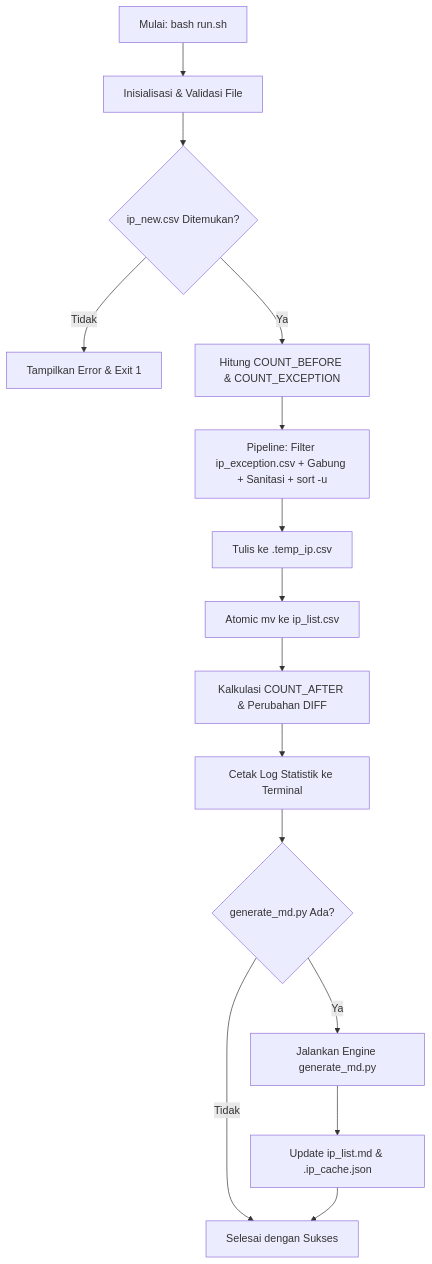
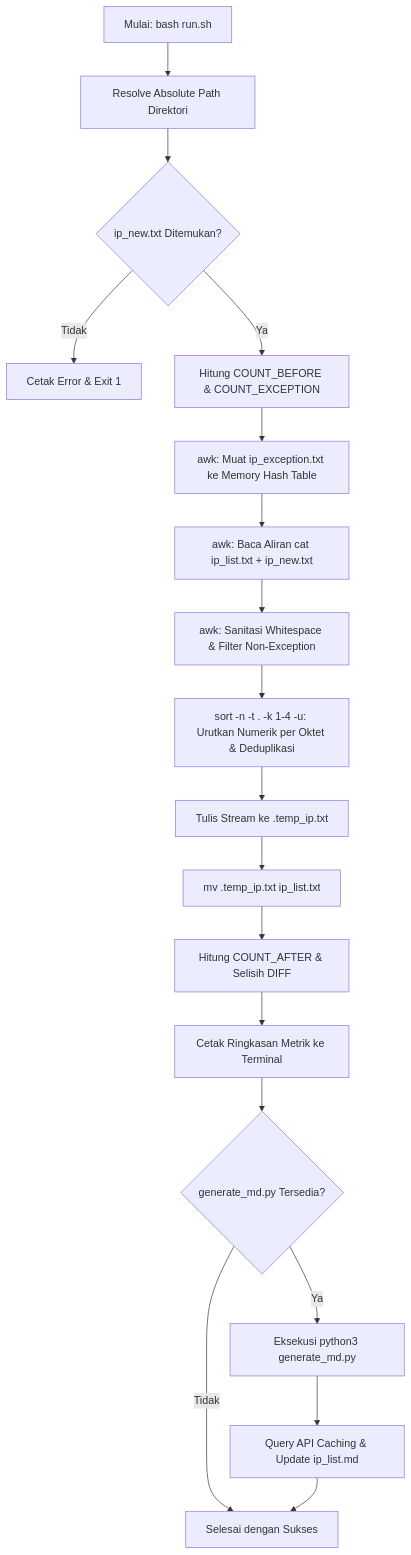
The diagram in README.md (blawoblowa/blackened), drawn with Mermaid before and after one commit. The commit also changed other lines of this file and 8 other files, not shown here.

````diff
--- a/README.md
+++ b/README.md
@@ -123,17 +137,20 @@
 ```mermaid
 flowchart TD
-    A[Mulai: bash run.sh] --> B[Inisialisasi & Validasi File]
-    B --> C{ip_new.csv Ditemukan?}
-    C -- Tidak --> D[Tampilkan Error & Exit 1]
+    A[Mulai: bash run.sh] --> B[Resolve Absolute Path Direktori]
+    B --> C{ip_new.txt Ditemukan?}
+    C -- Tidak --> D[Cetak Error & Exit 1]
     C -- Ya --> E[Hitung COUNT_BEFORE & COUNT_EXCEPTION]
-    E --> F[Pipeline: Filter ip_exception.csv + Gabung + Sanitasi + sort -u]
-    F --> G[Tulis ke .temp_ip.csv]
-    G --> H[Atomic mv ke ip_list.csv]
-    H --> I[Kalkulasi COUNT_AFTER & Perubahan DIFF]
-    I --> J[Cetak Log Statistik ke Terminal]
-    J --> K{generate_md.py Ada?}
-    K -- Ya --> L[Jalankan Engine generate_md.py]
-    L --> M[Update ip_list.md & .ip_cache.json]
-    K -- Tidak --> N[Selesai]
-    M --> N[Selesai dengan Sukses]
+    E --> F[awk: Muat ip_exception.txt ke Memory Hash Table]
+    F --> G[awk: Baca Aliran cat ip_list.txt + ip_new.txt]
+    G --> H[awk: Sanitasi Whitespace & Filter Non-Exception]
+    H --> I[sort -n -t . -k 1-4 -u: Urutkan Numerik per Oktet & Deduplikasi]
+    I --> J[Tulis Stream ke .temp_ip.txt]
+    J --> K[mv .temp_ip.txt ip_list.txt]
+    K --> L[Hitung COUNT_AFTER & Selisih DIFF]
+    L --> M[Cetak Ringkasan Metrik ke Terminal]
+    M --> N{generate_md.py Tersedia?}
+    N -- Ya --> O[Eksekusi python3 generate_md.py]
+    O --> P[Query API Caching & Update ip_list.md]
+    N -- Tidak --> Q[Selesai]
+    P --> Q[Selesai dengan Sukses]
 ```
````
